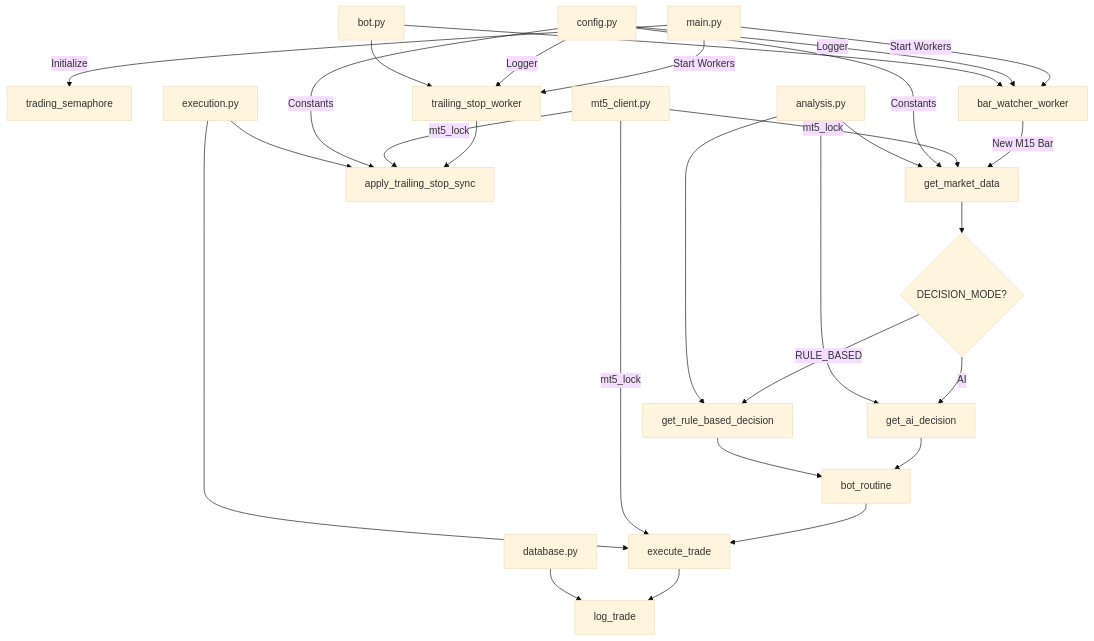
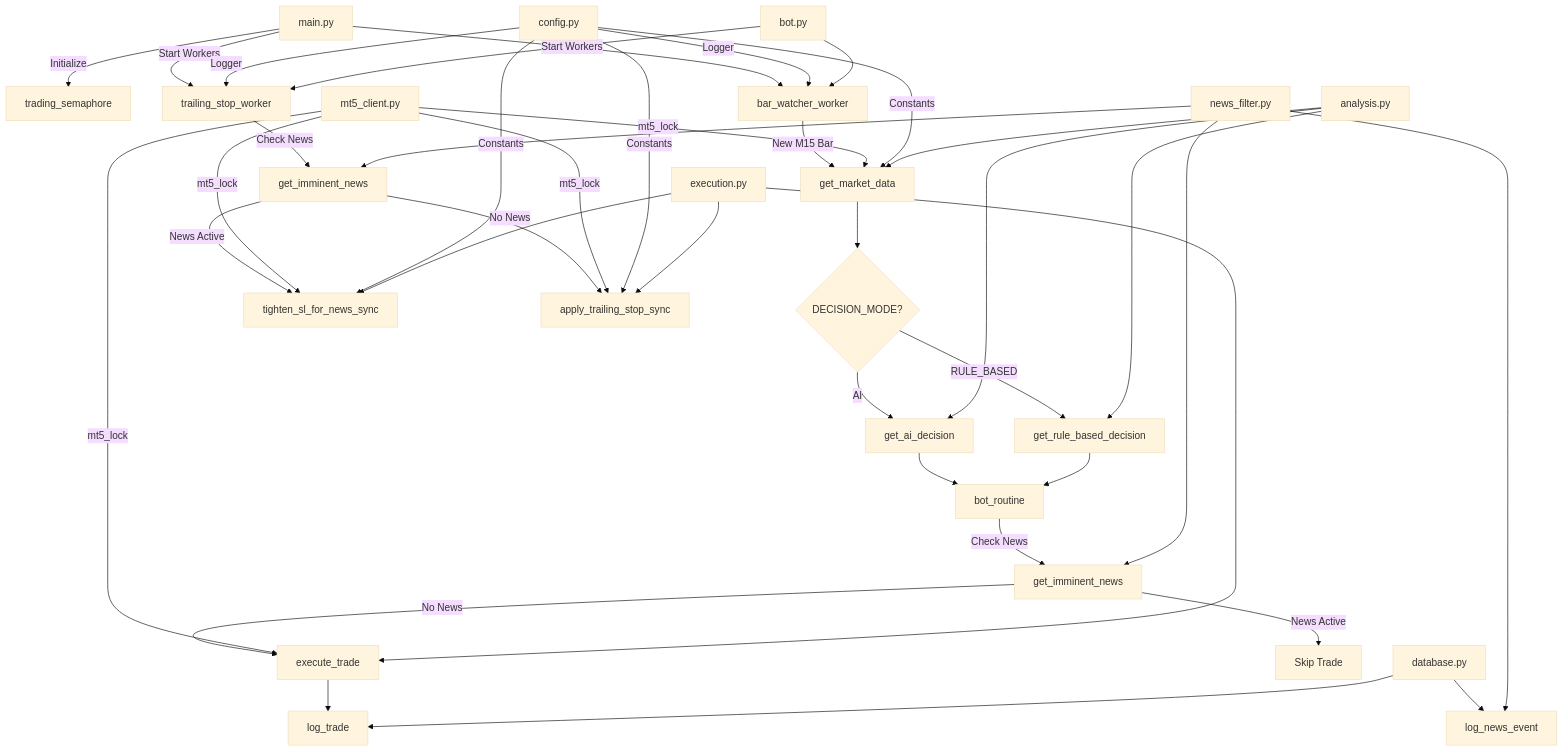
Before and after one commit to Ezra31448/merQuery-trading-bot: the diagram in README.md, drawn with Mermaid (base theme). The commit also changed other lines of this file and 1 other file, not shown here.

First line of the commit message:
docs: update README to reflect News Filter feature

````diff
--- a/README.md
+++ b/README.md
@@ -161,30 +174,41 @@
 ```mermaid
 graph TB
     A[main.py] -->|Initialize| B[trading_semaphore]
     A -->|Start Workers| C[bar_watcher_worker]
     A -->|Start Workers| D[trailing_stop_worker]
     C -->|New M15 Bar| E[get_market_data]
     E --> F{DECISION_MODE?}
     F -->|AI| G[get_ai_decision]
     F -->|RULE_BASED| H[get_rule_based_decision]
     G --> I[bot_routine]
     H --> I
-    I --> J[execute_trade]
-    J --> K[log_trade]
-    D --> L[apply_trailing_stop_sync]
-    M[mt5_client.py] -->|mt5_lock| E
-    M -->|mt5_lock| J
-    M -->|mt5_lock| L
-    N[database.py] --> K
-    O[config.py] -->|Constants| E
-    O -->|Constants| L
-    O -->|Logger| C
-    O -->|Logger| D
-    P[analysis.py] --> E
-    P --> G
-    P --> H
-    Q[execution.py] --> J
-    Q --> L
-    R[bot.py] --> C
-    R --> D
+    I -->|Check News| J[get_imminent_news]
+    J -->|No News| K[execute_trade]
+    J -->|News Active| L[Skip Trade]
+    K --> M[log_trade]
+    D -->|Check News| N[get_imminent_news]
+    N -->|News Active| O[tighten_sl_for_news_sync]
+    N -->|No News| P[apply_trailing_stop_sync]
+    Q[mt5_client.py] -->|mt5_lock| E
+    Q -->|mt5_lock| K
+    Q -->|mt5_lock| O
+    Q -->|mt5_lock| P
+    R[database.py] --> M
+    R --> S[log_news_event]
+    T[config.py] -->|Constants| E
+    T -->|Constants| O
+    T -->|Constants| P
+    T -->|Logger| C
+    T -->|Logger| D
+    U[analysis.py] --> E
+    U --> G
+    U --> H
+    V[execution.py] --> K
+    V --> O
+    V --> P
+    W[news_filter.py] --> J
+    W --> N
+    W --> S
+    X[bot.py] --> C
+    X --> D
 ```
````
